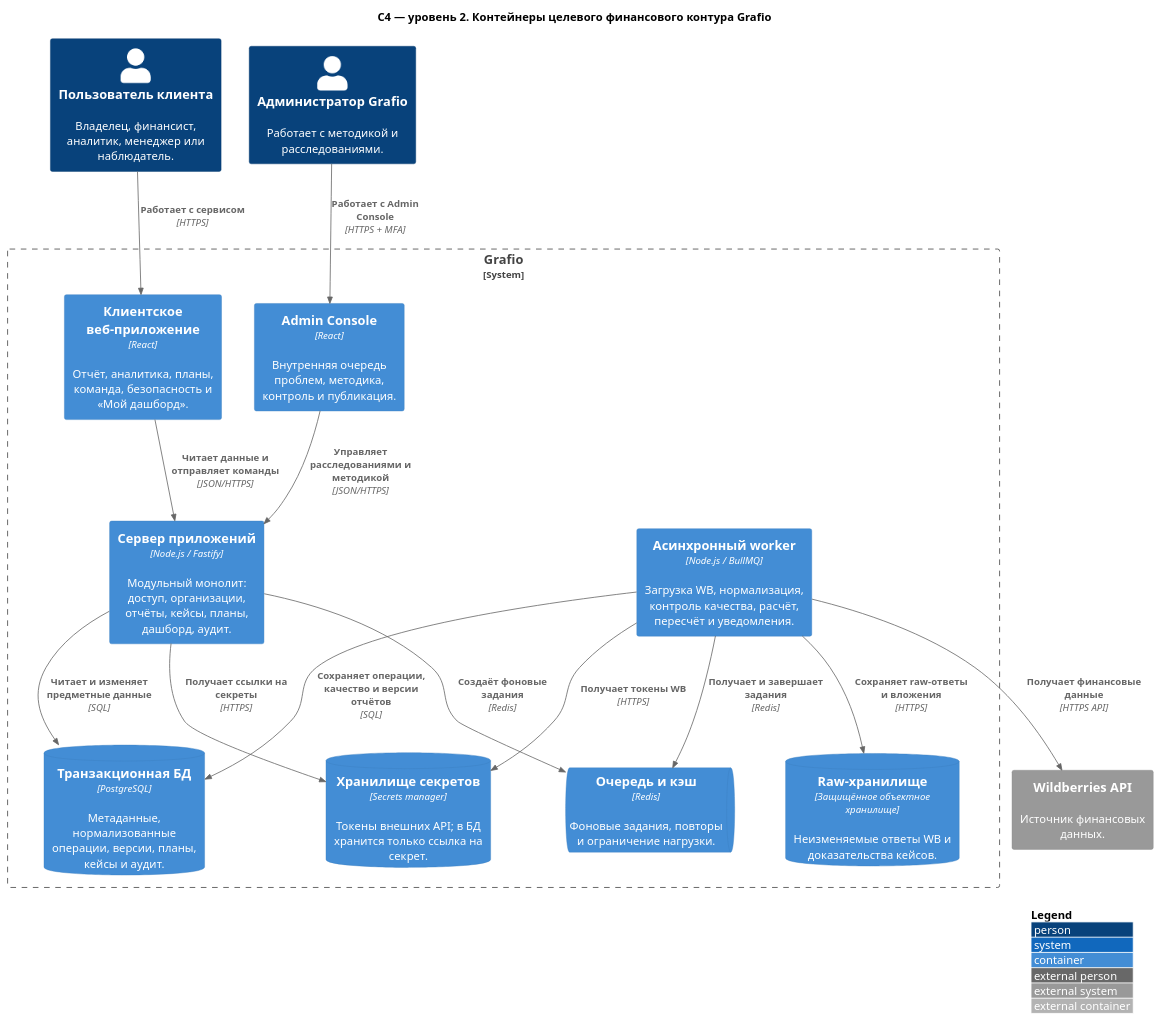
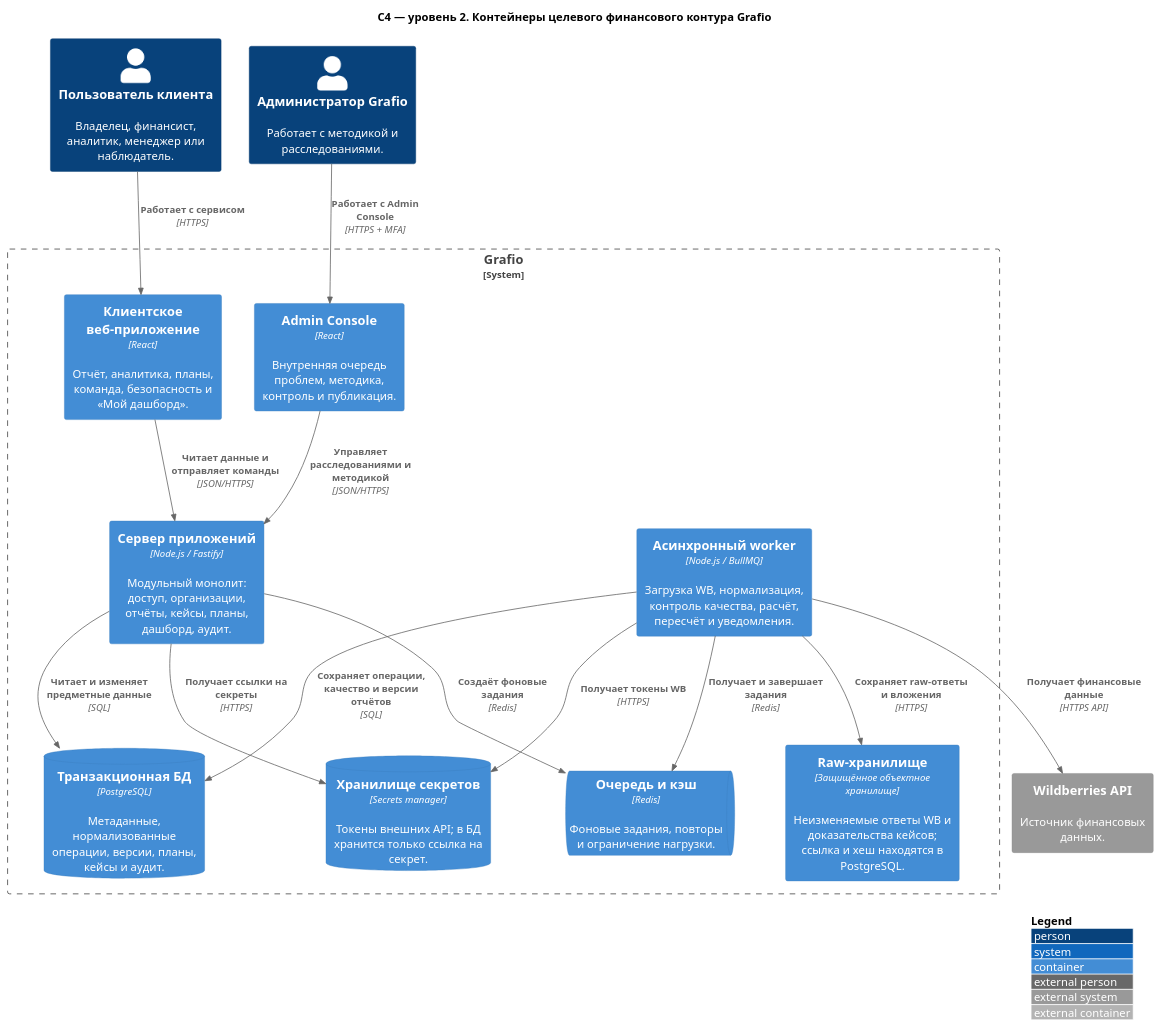
Before and after one commit to onlyuncia/grafio-product-docs: the diagram in docs/architecture/c4/02-container.puml, drawn with PlantUML. The commit also changed 3 other files, not shown here.

```diff
--- a/docs/architecture/c4/02-container.puml
+++ b/docs/architecture/c4/02-container.puml
@@ -1,35 +1,35 @@
 @startuml
 !includeurl https://raw.githubusercontent.com/plantuml-stdlib/C4-PlantUML/master/C4_Container.puml
 
 LAYOUT_WITH_LEGEND()
 title C4 — уровень 2. Контейнеры целевого финансового контура Grafio
 
 Person(client, "Пользователь клиента", "Владелец, финансист, аналитик, менеджер или наблюдатель.")
 Person(admin, "Администратор Grafio", "Работает с методикой и расследованиями.")
 System_Ext(wb, "Wildberries API", "Источник финансовых данных.")
 
 System_Boundary(grafio, "Grafio") {
   Container(web, "Клиентское веб-приложение", "React", "Отчёт, аналитика, планы, команда, безопасность и «Мой дашборд».")
   Container(adminWeb, "Admin Console", "React", "Внутренняя очередь проблем, методика, контроль и публикация.")
   Container(api, "Сервер приложений", "Node.js / Fastify", "Модульный монолит: доступ, организации, отчёты, кейсы, планы, дашборд, аудит.")
   Container(worker, "Асинхронный worker", "Node.js / BullMQ", "Загрузка WB, нормализация, контроль качества, расчёт, пересчёт и уведомления.")
   ContainerDb(db, "Транзакционная БД", "PostgreSQL", "Метаданные, нормализованные операции, версии, планы, кейсы и аудит.")
   ContainerQueue(queue, "Очередь и кэш", "Redis", "Фоновые задания, повторы и ограничение нагрузки.")
-  ContainerDb(raw, "Raw-хранилище", "Защищённое объектное хранилище", "Неизменяемые ответы WB и доказательства кейсов.")
+  Container(raw, "Raw-хранилище", "Защищённое объектное хранилище", "Неизменяемые ответы WB и доказательства кейсов; ссылка и хеш находятся в PostgreSQL.")
   ContainerDb(secrets, "Хранилище секретов", "Secrets manager", "Токены внешних API; в БД хранится только ссылка на секрет.")
 }
 
 Rel(client, web, "Работает с сервисом", "HTTPS")
 Rel(admin, adminWeb, "Работает с Admin Console", "HTTPS + MFA")
 Rel(web, api, "Читает данные и отправляет команды", "JSON/HTTPS")
 Rel(adminWeb, api, "Управляет расследованиями и методикой", "JSON/HTTPS")
 Rel(api, db, "Читает и изменяет предметные данные", "SQL")
 Rel(api, queue, "Создаёт фоновые задания", "Redis")
 Rel(api, secrets, "Получает ссылки на секреты", "HTTPS")
 Rel(worker, queue, "Получает и завершает задания", "Redis")
 Rel(worker, wb, "Получает финансовые данные", "HTTPS API")
 Rel(worker, raw, "Сохраняет raw-ответы и вложения", "HTTPS")
 Rel(worker, db, "Сохраняет операции, качество и версии отчётов", "SQL")
 Rel(worker, secrets, "Получает токены WB", "HTTPS")
 
 @enduml
```
